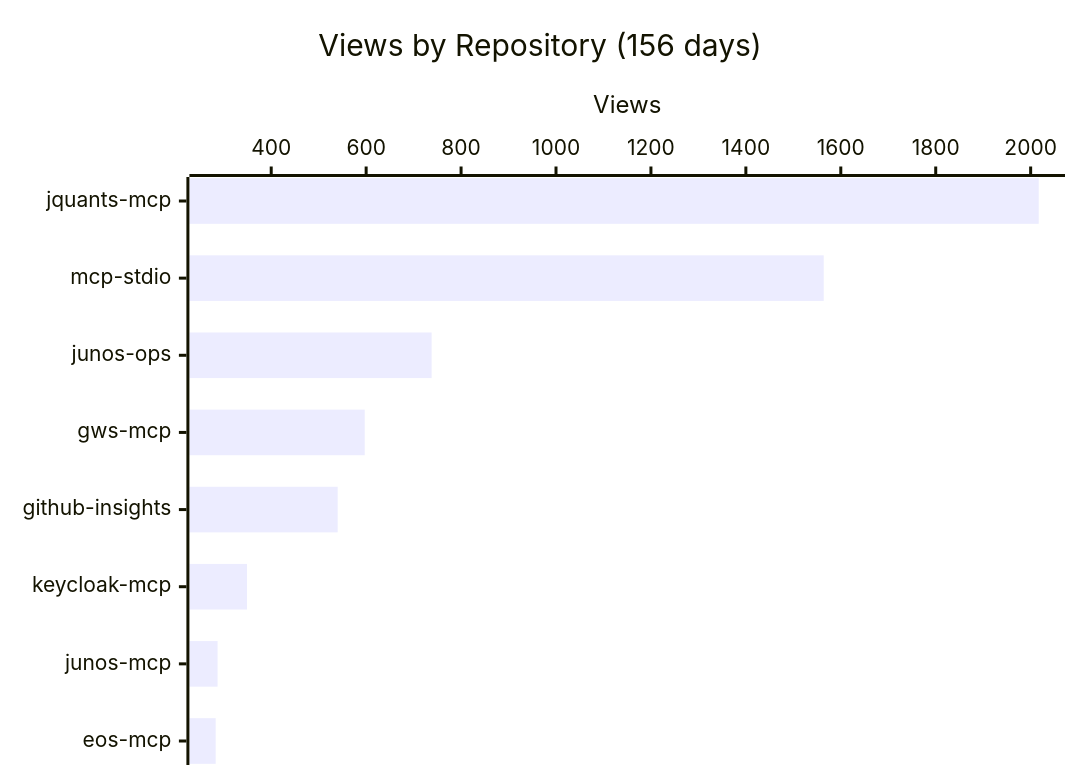
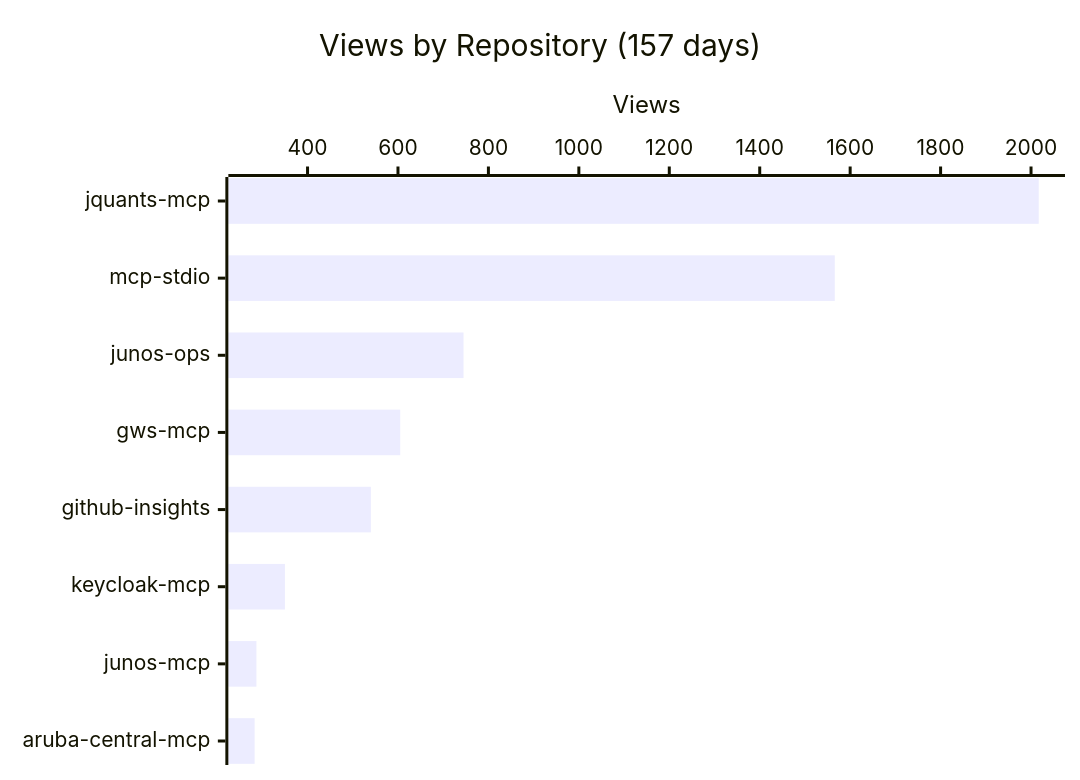
The first of 4 diagrams in README.md (shigechika/github-insights), drawn with Mermaid before and after one commit. The commit also changed other lines of this file and 2 other files, not shown here.

````diff
--- a/README.md
+++ b/README.md
@@ -18,7 +18,7 @@
 ```mermaid
 xychart-beta horizontal
-    title "Views by Repository (156 days)"
-    x-axis ["jquants-mcp", "mcp-stdio", "junos-ops", "gws-mcp", "github-insights", "keycloak-mcp", "junos-mcp", "eos-mcp"]
+    title "Views by Repository (157 days)"
+    x-axis ["jquants-mcp", "mcp-stdio", "junos-ops", "gws-mcp", "github-insights", "keycloak-mcp", "junos-mcp", "aruba-central-mcp"]
     y-axis "Views"
-    bar [2017, 1564, 738, 597, 540, 349, 287, 283]
+    bar [2017, 1566, 745, 605, 540, 350, 287, 283]
 ```
````
